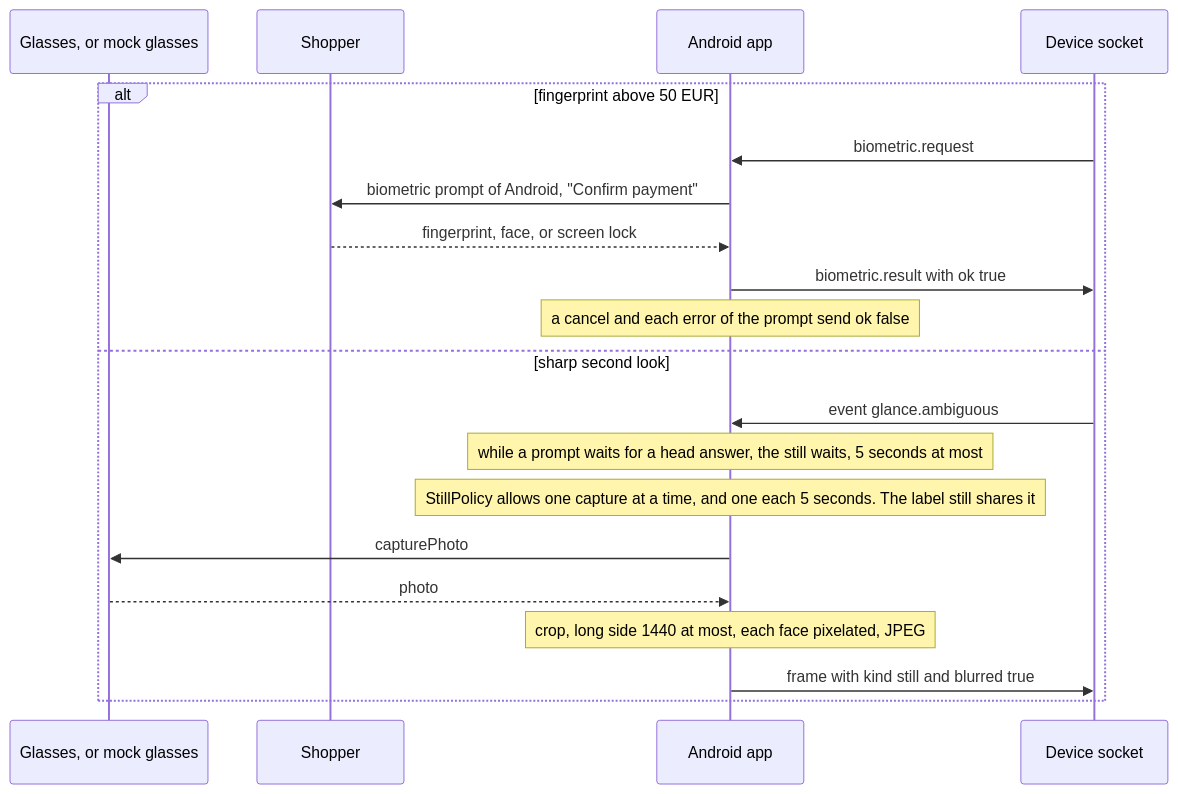
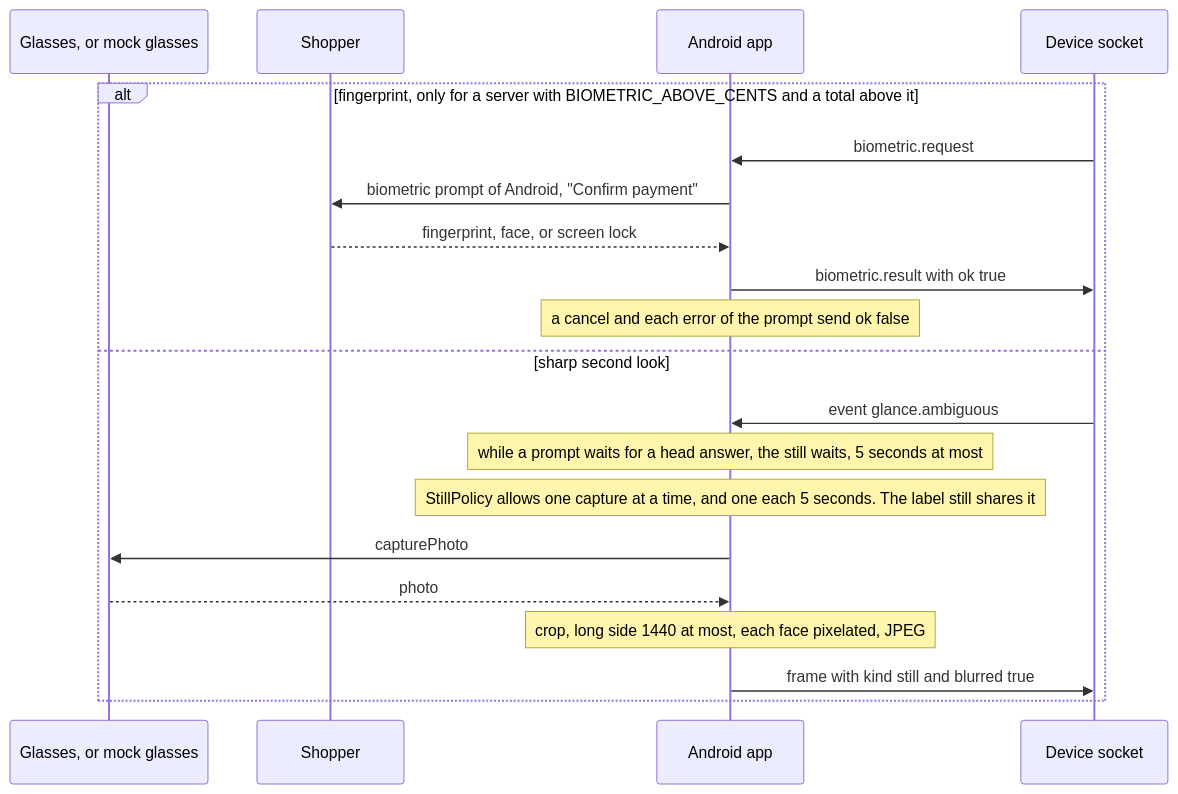
Diagram 12 of 14 in docs/architecture.md (mrBymax/glance), drawn with Mermaid before and after one commit. The commit also changed other lines of this file and 6 other files, not shown here.

````diff
--- a/docs/architecture.md
+++ b/docs/architecture.md
@@ -493,22 +540,22 @@
 ```mermaid
 sequenceDiagram
   participant Glasses as Glasses, or mock glasses
   participant Shopper
   participant App as Android app
   participant Socket as Device socket
-  alt fingerprint above 50 EUR
+  alt fingerprint, only for a server with BIOMETRIC_ABOVE_CENTS and a total above it
     Socket->>App: biometric.request
     App->>Shopper: biometric prompt of Android, "Confirm payment"
     Shopper-->>App: fingerprint, face, or screen lock
     App->>Socket: biometric.result with ok true
     Note over App: a cancel and each error of the prompt send ok false
   else sharp second look
     Socket->>App: event glance.ambiguous
     Note over App: while a prompt waits for a head answer, the still waits, 5 seconds at most
     Note over App: StillPolicy allows one capture at a time, and one each 5 seconds. The label still shares it
     App->>Glasses: capturePhoto
     Glasses-->>App: photo
     Note over App: crop, long side 1440 at most, each face pixelated, JPEG
     App->>Socket: frame with kind still and blurred true
   end
 ```
````
